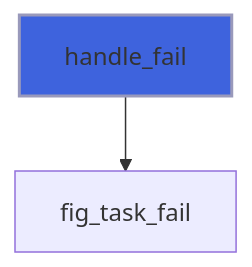
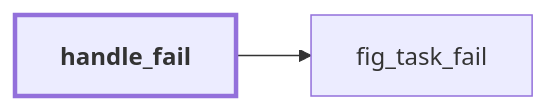
The third of 12 diagrams in docs/api/src/lib/figure_task.md (szaghi/figure), drawn with Mermaid before and after one commit. The commit also changed other lines of this file and 54 other files, not shown here.

````diff
--- a/docs/api/src/lib/figure_task.md
+++ b/docs/api/src/lib/figure_task.md
@@ -170,5 +175,7 @@
 ```mermaid
-flowchart TD
+flowchart LR
   handle_fail["handle_fail"] --> fig_task_fail["fig_task_fail"]
-  style handle_fail fill:#3e63dd,stroke:#99b,stroke-width:2px
+  classDef focus stroke-width:3px,font-weight:bold
+  class handle_fail focus
+  click fig_task_fail href "figure_c_native.html#fig-task-fail" "fig_task_fail"
 ```
````
